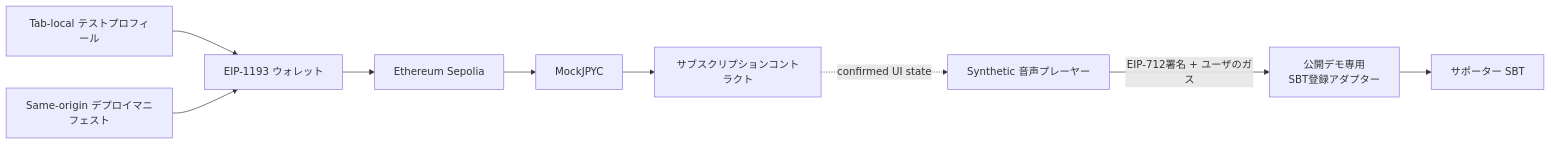
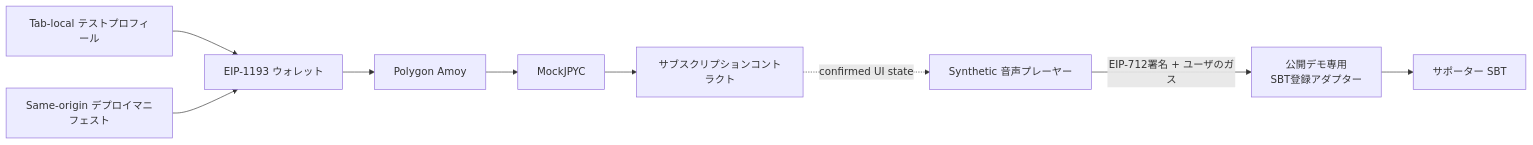
The diagram in docs/adr/ADR-0014-public-testnet-user-journey.md (ShigeichiroYamasaki/creator-first-platform), drawn with Mermaid before and after one commit. The commit also changed other lines of this file and 57 other files, not shown here.

Commit message:
feat: migrate testnet demo to Polygon Amoy

````diff
--- a/docs/adr/ADR-0014-public-testnet-user-journey.md
+++ b/docs/adr/ADR-0014-public-testnet-user-journey.md
@@ -26,19 +26,19 @@
 ```mermaid
 flowchart LR
     PROFILE[Tab-local テストプロフィール]
     WALLET[EIP-1193 ウォレット]
     MANIFEST[Same-origin デプロイマニフェスト]
-    SEPOLIA[Ethereum Sepolia]
+    SEPOLIA[Polygon Amoy]
     TOKEN[MockJPYC]
     SUB[サブスクリプションコントラクト]
     PLAYER[Synthetic 音声プレーヤー]
     ADAPTER[公開デモ専用<br/>SBT登録アダプター]
     SBT[サポーター SBT]
 
     PROFILE --> WALLET
     MANIFEST --> WALLET
     WALLET --> SEPOLIA
     SEPOLIA --> TOKEN --> SUB
     SUB -. confirmed UI state .-> PLAYER
     PLAYER -->|EIP-712署名 + ユーザのガス| ADAPTER --> SBT
 ```
````
